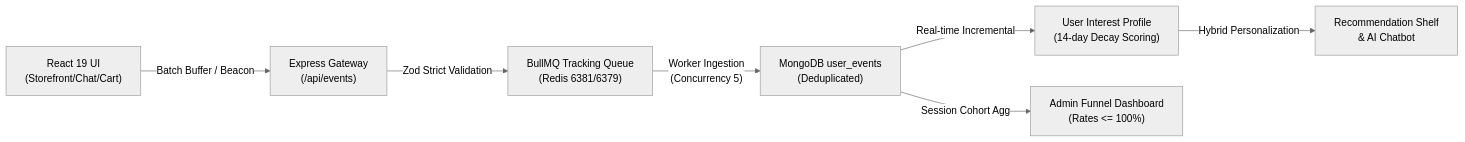
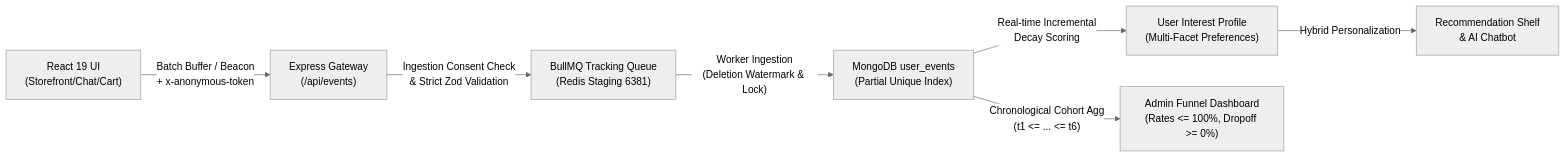
One commit to minhhoanghtm/WebFashon-ReactJS changed the diagram in docs/tracking/TRACKING_VERIFIED_COMPLETION_REPORT.md. Above: the diagram before and after it, drawn with Mermaid (neutral theme). The commit also changed other lines of this file and 72 other files, not shown here.

````diff
--- a/docs/tracking/TRACKING_VERIFIED_COMPLETION_REPORT.md
+++ b/docs/tracking/TRACKING_VERIFIED_COMPLETION_REPORT.md
@@ -16,9 +16,9 @@
 ```mermaid
 flowchart LR
-    A["React 19 UI\n(Storefront/Chat/Cart)"] -->|"Batch Buffer / Beacon"| B["Express Gateway\n(/api/events)"]
-    B -->|"Zod Strict Validation"| C["BullMQ Tracking Queue\n(Redis 6381/6379)"]
-    C -->|"Worker Ingestion\n(Concurrency 5)"| D["MongoDB user_events\n(Deduplicated)"]
-    D -->|"Real-time Incremental"| E["User Interest Profile\n(14-day Decay Scoring)"]
+    A["React 19 UI\n(Storefront/Chat/Cart)"] -->|"Batch Buffer / Beacon\n+ x-anonymous-token"| B["Express Gateway\n(/api/events)"]
+    B -->|"Ingestion Consent Check\n& Strict Zod Validation"| C["BullMQ Tracking Queue\n(Redis Staging 6381)"]
+    C -->|"Worker Ingestion\n(Deletion Watermark & Lock)"| D["MongoDB user_events\n(Partial Unique Index)"]
+    D -->|"Real-time Incremental\nDecay Scoring"| E["User Interest Profile\n(Multi-Facet Preferences)"]
     E -->|"Hybrid Personalization"| F["Recommendation Shelf\n& AI Chatbot"]
-    D -->|"Session Cohort Agg"| G["Admin Funnel Dashboard\n(Rates <= 100%)"]
+    D -->|"Chronological Cohort Agg\n(t1 <= ... <= t6)"| G["Admin Funnel Dashboard\n(Rates <= 100%, Dropoff >= 0%)"]
 ```
````
